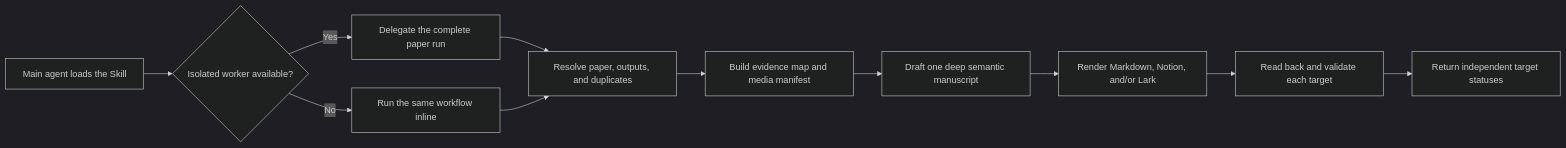
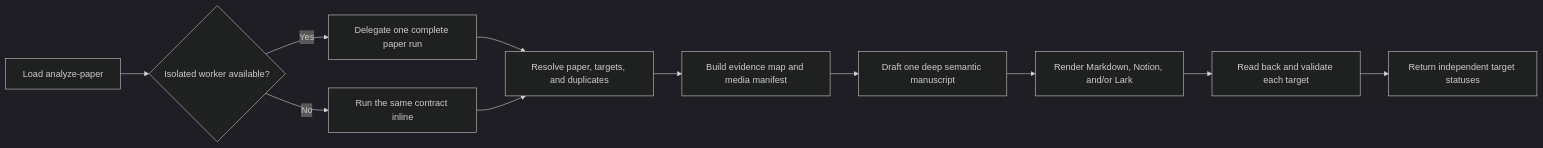
One commit to wanng-ide/open-paper-analysis changed the diagram in README.md. Above: the diagram before and after it, drawn with Mermaid (dark theme). The commit also changed other lines of this file and 2 other files, not shown here.

````diff
--- a/README.md
+++ b/README.md
@@ -55,13 +132,13 @@
 ```mermaid
 flowchart LR
-    A[Main agent loads the Skill] --> B{Isolated worker available?}
-    B -- Yes --> C[Delegate the complete paper run]
-    B -- No --> D[Run the same workflow inline]
-    C --> E[Resolve paper, outputs, and duplicates]
+    A[Load analyze-paper] --> B{Isolated worker available?}
+    B -- Yes --> C[Delegate one complete paper run]
+    B -- No --> D[Run the same contract inline]
+    C --> E[Resolve paper, targets, and duplicates]
     D --> E
     E --> F[Build evidence map and media manifest]
     F --> G[Draft one deep semantic manuscript]
     G --> H[Render Markdown, Notion, and/or Lark]
     H --> I[Read back and validate each target]
     I --> J[Return independent target statuses]
 ```
````
